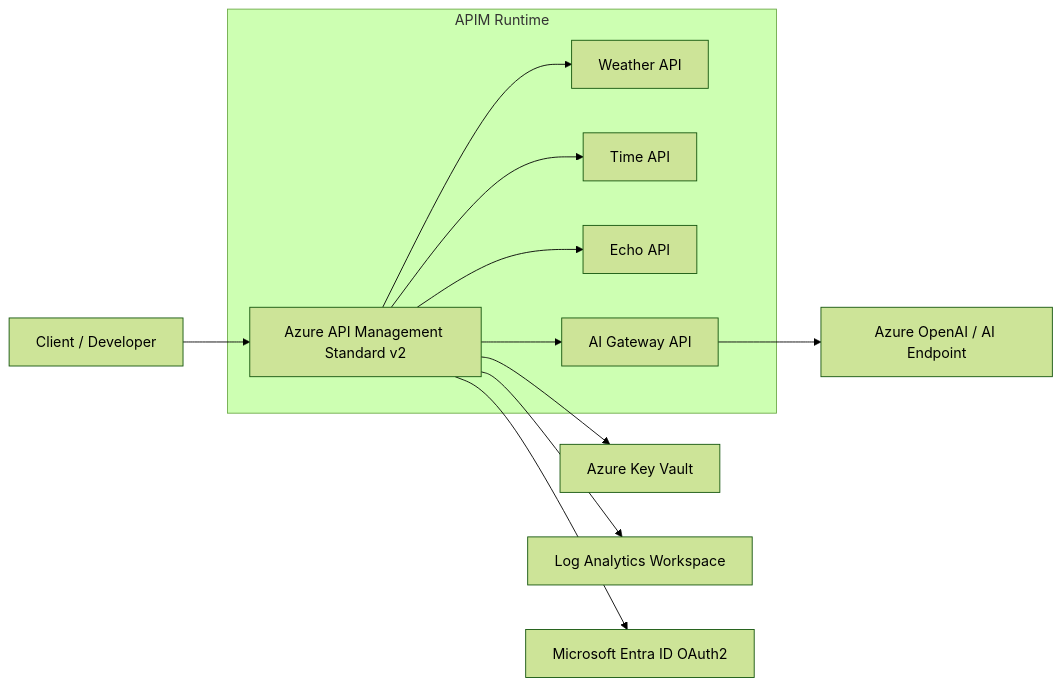
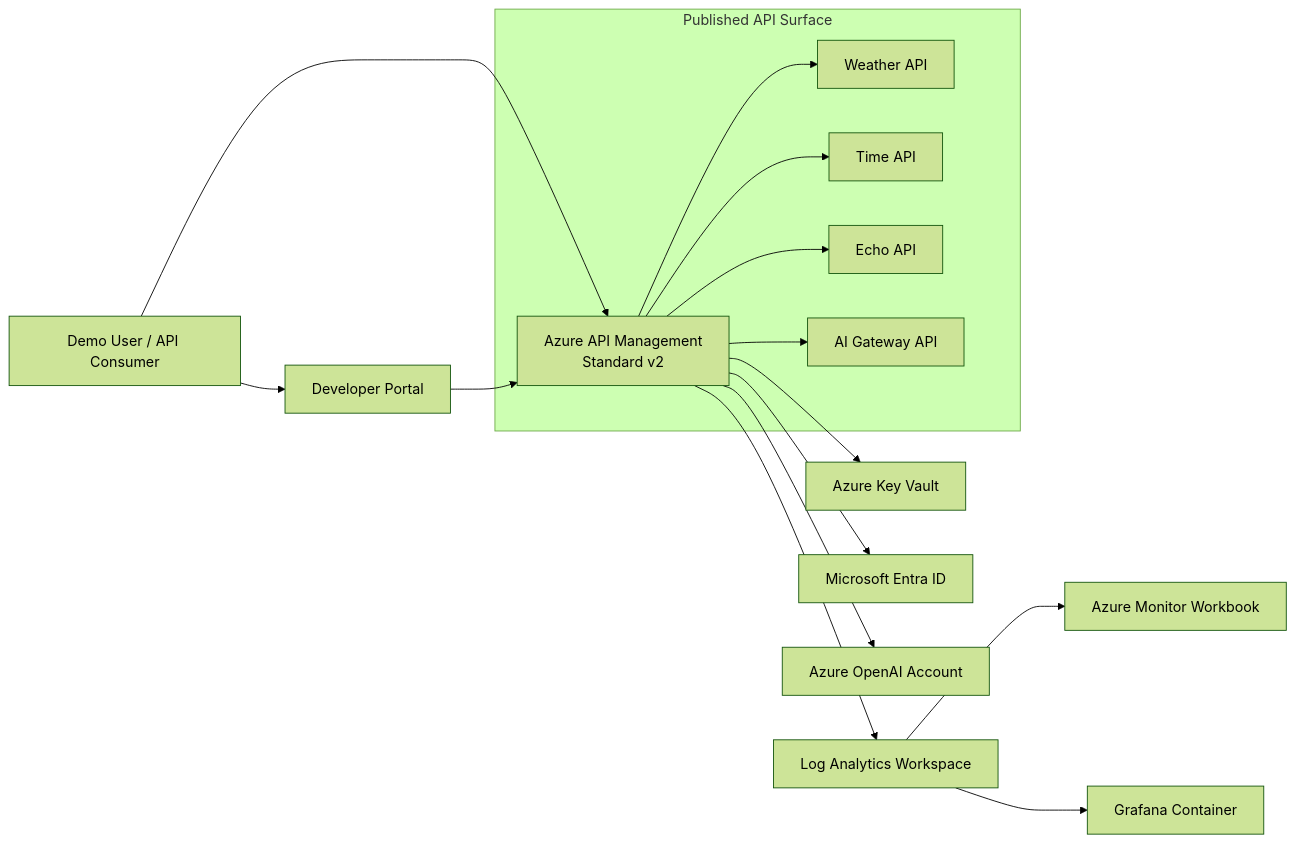
The first of 2 diagrams in README.md (aionic/APIM-Demo), drawn with Mermaid (forest theme) before and after one commit. The commit also changed other lines of this file and 11 other files, not shown here.

````diff
--- a/README.md
+++ b/README.md
@@ -21,16 +19,20 @@
 ```mermaid
 flowchart LR
-    C[Client / Developer] --> APIM[Azure API Management Standard v2]
+    User[Demo User / API Consumer] --> APIM[Azure API Management<br/>Standard v2]
+    User --> Portal[Developer Portal]
+    Portal --> APIM
 
-    subgraph Gateway["APIM Runtime"]
-      APIM --> W[Weather API]
-      APIM --> T[Time API]
-      APIM --> E[Echo API]
-      APIM --> L[AI Gateway API]
+    subgraph APIs[Published API Surface]
+      APIM --> Weather[Weather API]
+      APIM --> Time[Time API]
+      APIM --> Echo[Echo API]
+      APIM --> LLM[AI Gateway API]
     end
 
     APIM --> KV[Azure Key Vault]
     APIM --> LAW[Log Analytics Workspace]
-    APIM --> AAD[Microsoft Entra ID OAuth2]
-    L --> AOAI[Azure OpenAI / AI Endpoint]
+    APIM --> Entra[Microsoft Entra ID]
+    APIM --> AOAI[Azure OpenAI Account]
+    LAW --> WB[Azure Monitor Workbook]
+    LAW --> Grafana[Grafana Container]
 ```
````
